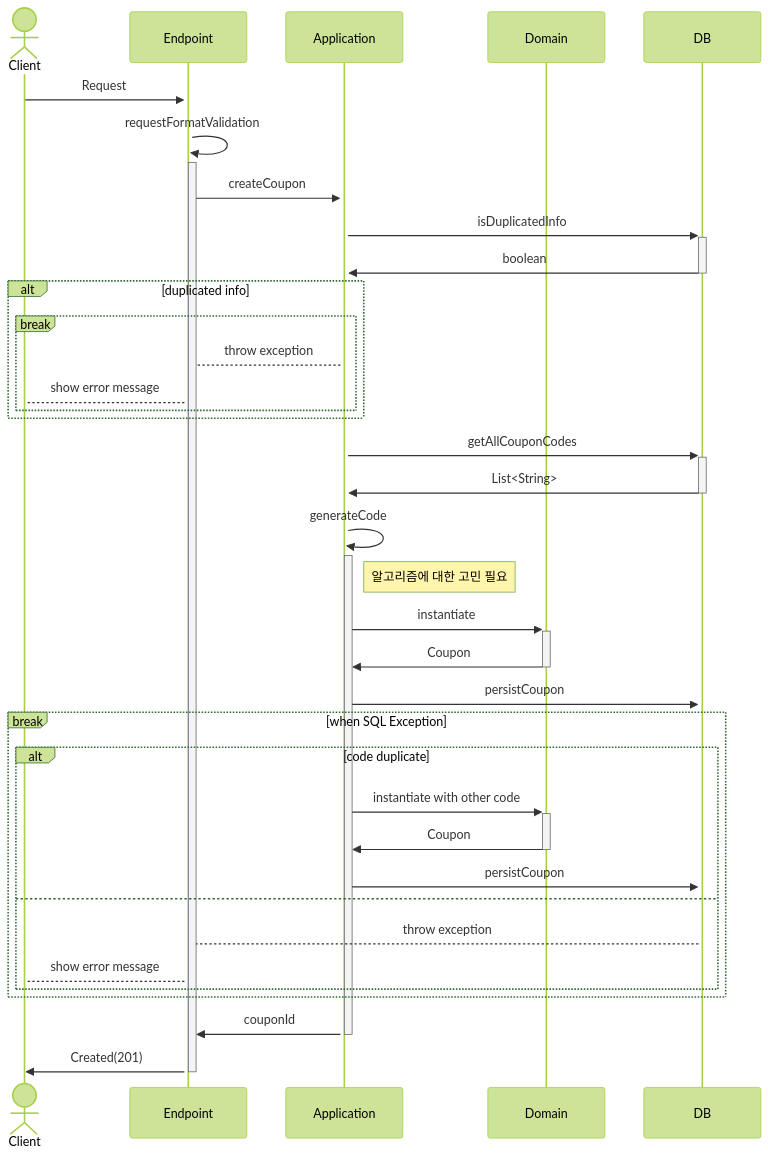
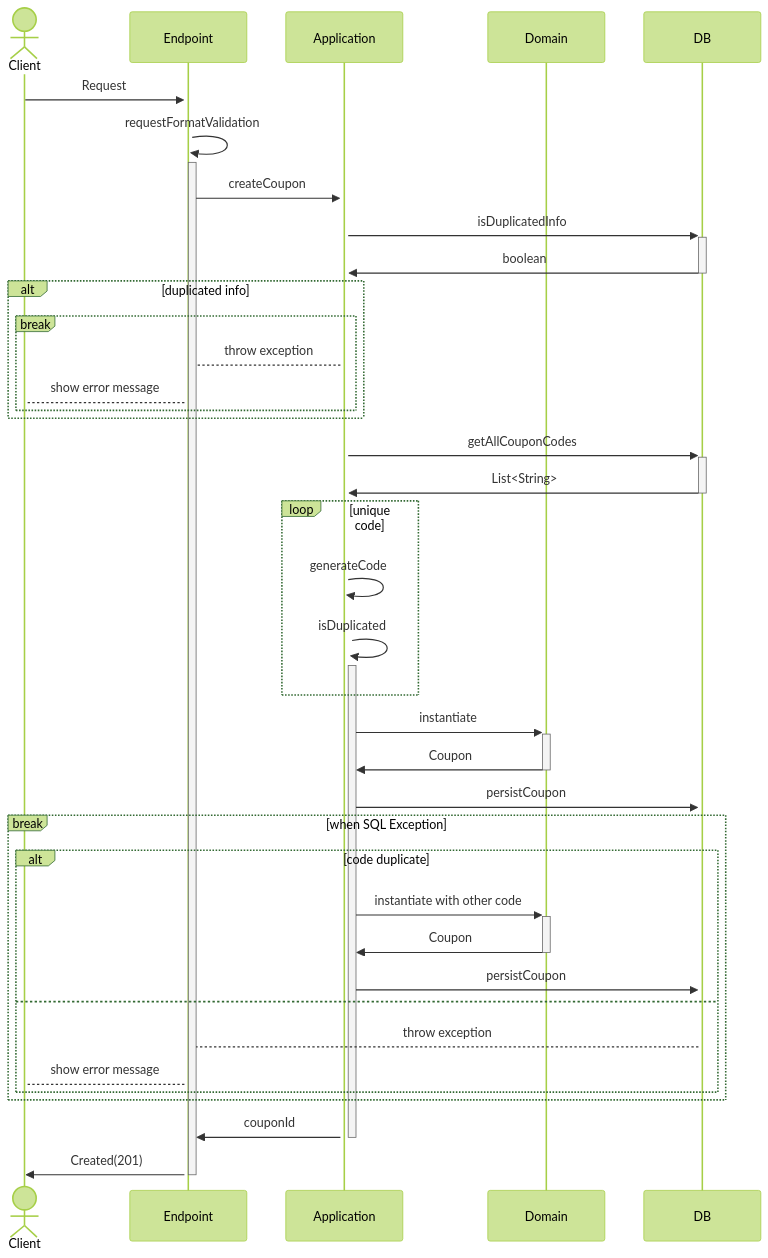
One commit to OrganizedServer/couponServerByTjeong changed the first of 2 diagrams in sequence.md. Above: the diagram before and after it, drawn with Mermaid (forest theme).

Commit message:
생성된 코드 검증 시퀀스 추가

````diff
--- a/sequence.md
+++ b/sequence.md
@@ -24,38 +24,40 @@
 ```mermaid
 sequenceDiagram
     actor Client
     participant Endpoint
     participant Application
     participant Domain
     participant DB
     Client->>+Endpoint: Request
     Endpoint->>+Endpoint: requestFormatValidation
     Endpoint->>+Application: createCoupon
     Application->>+DB : isDuplicatedInfo
     DB->>-Application : boolean
     alt duplicated info
         break
         Application-->Endpoint: throw exception
         Endpoint-->Client: show error message
     end
     end
     Application->>+DB: getAllCouponCodes
     DB->>-Application: List<String>
-    Application->>+Application: generateCode
-    Note right of Application: 알고리즘에 대한 고민 필요
+    loop unique code
+        Application->>+Application: generateCode
+        Application->>+Application: isDuplicated
+    end
     Application->>+Domain: instantiate
     Domain->>-Application: Coupon
     Application->>+DB: persistCoupon
     break when SQL Exception
         alt code duplicate
             Application->>+Domain: instantiate with other code
             Domain->>-Application: Coupon
             Application->>+DB: persistCoupon
         else 
             DB-->Endpoint: throw exception
             Endpoint-->Client: show error message
         end
     end    
     Application->>-Endpoint: couponId
     Endpoint->>-Client: Created(201)
 ```
````
